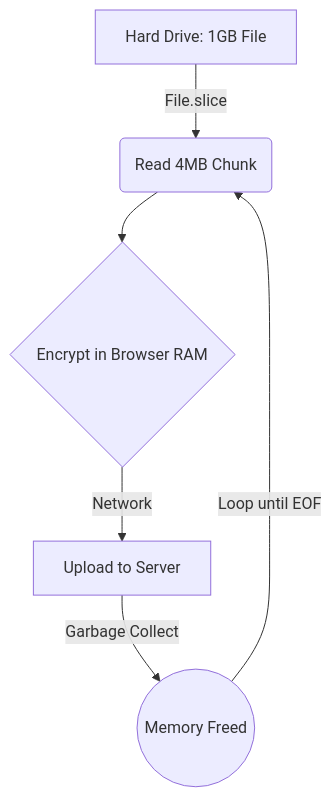
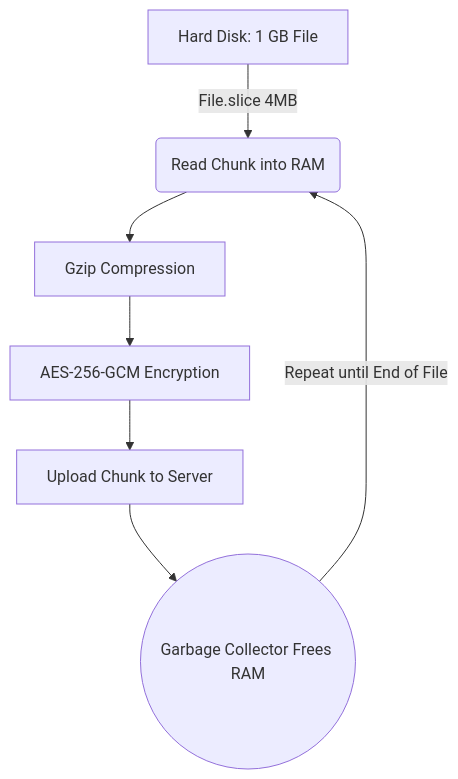
The second of 4 diagrams in TECHNICAL_EXPLANATION.md (Sujalkathait/filesender), drawn with Mermaid before and after one commit. The commit also changed other lines of this file and 20 other files, not shown here.

Commit message:
feat: comprehensive HLD/LLD architecture, database scalability, simple English documentation, and test verification

````diff
--- a/TECHNICAL_EXPLANATION.md
+++ b/TECHNICAL_EXPLANATION.md
@@ -32,8 +128,9 @@
 ```mermaid
 graph TD
-    A[Hard Drive: 1GB File] -->|File.slice| B(Read 4MB Chunk)
-    B --> C{Encrypt in Browser RAM}
-    C -->|Network| D[Upload to Server]
-    D -->|Garbage Collect| E((Memory Freed))
-    E -->|Loop until EOF| B
+    A[Hard Disk: 1 GB File] -->|File.slice 4MB| B(Read Chunk into RAM)
+    B --> C[Gzip Compression]
+    C --> D[AES-256-GCM Encryption]
+    D --> E[Upload Chunk to Server]
+    E --> F((Garbage Collector Frees RAM))
+    F -->|Repeat until End of File| B
 ```
````
